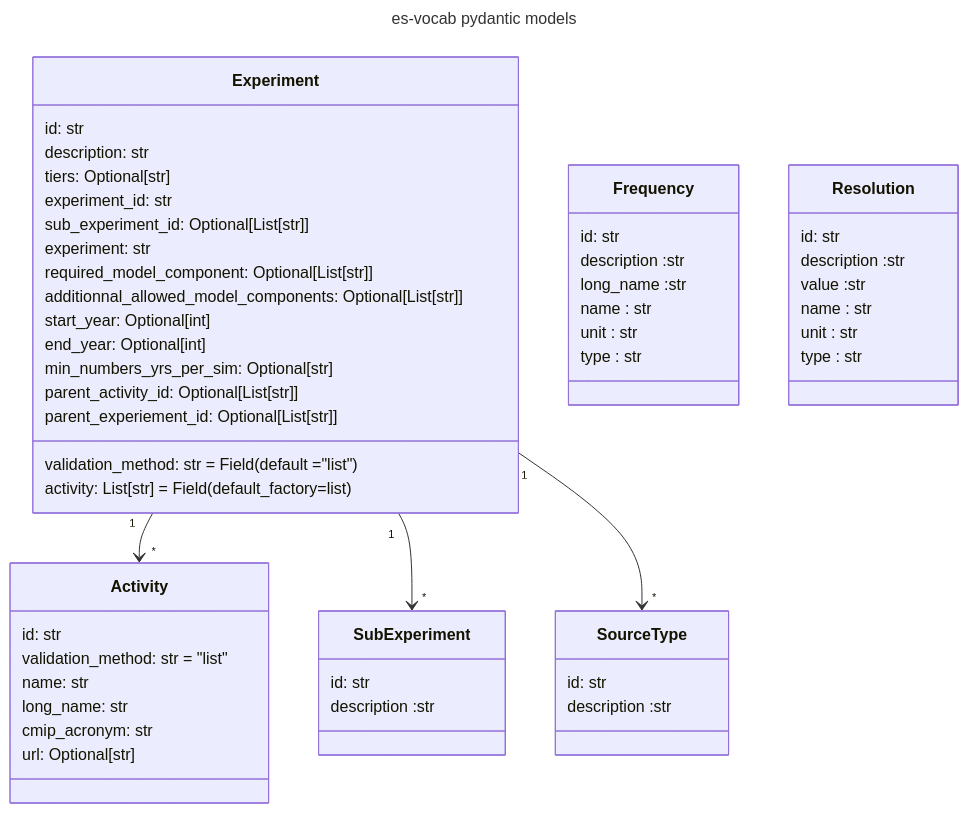
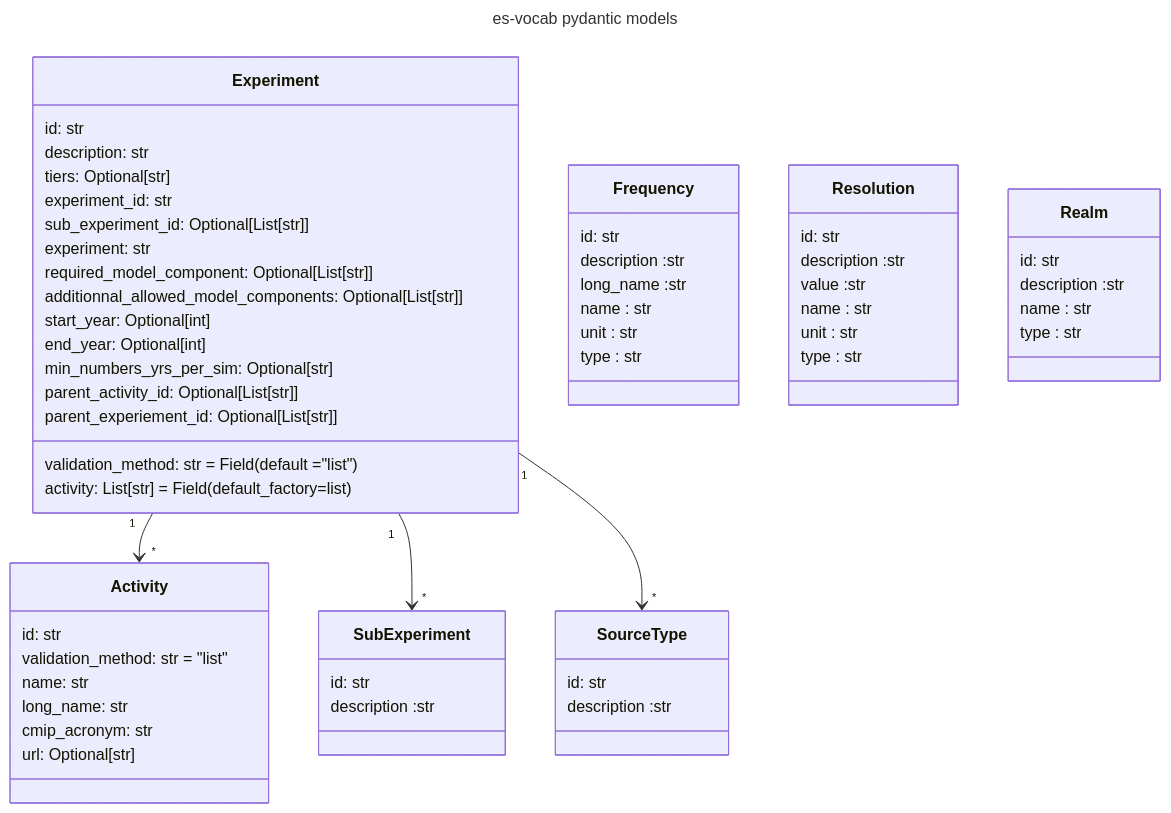
Before and after one commit to PCMDI/mip-cmor-tables: the first of 2 diagrams in TODO.md, drawn with Mermaid. The commit also changed other lines of this file and 12 other files, not shown here.

````diff
--- a/TODO.md
+++ b/TODO.md
@@ -85,73 +85,82 @@
 ``` mermaid
 ---
 title: es-vocab pydantic models 
 ---
 classDiagram
     Experiment "1" --> "*" Activity
     Experiment "1" --> "*" SubExperiment
     Experiment "1" --> "*" SourceType
 
 
     class Frequency{
     id: str 
     description :str
     long_name :str 
     name : str 
     unit : str 
     type : str 
     
     }
     class Activity{
 
     id: str 
     validation_method: str = "list"
     name: str 
     long_name: str 
     cmip_acronym: str 
     url: Optional[str] 
 
     }
     
     class Experiment{
         id: str 
     validation_method: str = Field(default ="list")
     activity: List[str] = Field(default_factory=list)
     description: str 
     tiers: Optional[str] 
     experiment_id: str 
     sub_experiment_id: Optional[List[str]] 
     experiment: str 
     required_model_component: Optional[List[str]] 
     additionnal_allowed_model_components: Optional[List[str]] 
     start_year: Optional[int] 
     end_year: Optional[int] 
     min_numbers_yrs_per_sim: Optional[str] 
     parent_activity_id: Optional[List[str]] 
     parent_experiement_id: Optional[List[str]] 
 
     }
     class SubExperiment{
 
     id: str 
     description :str
 }
      class SourceType{
 
     id: str 
     description :str
 }   
 
 
 class Resolution {
 
 
 
     id: str 
     description :str
     value :str 
     name : str 
     unit : str 
     type : str 
 }
+class Realm {
+
+
+
+    id: str 
+    description :str
+    name : str 
+    type : str 
+}
 
 ```
````
